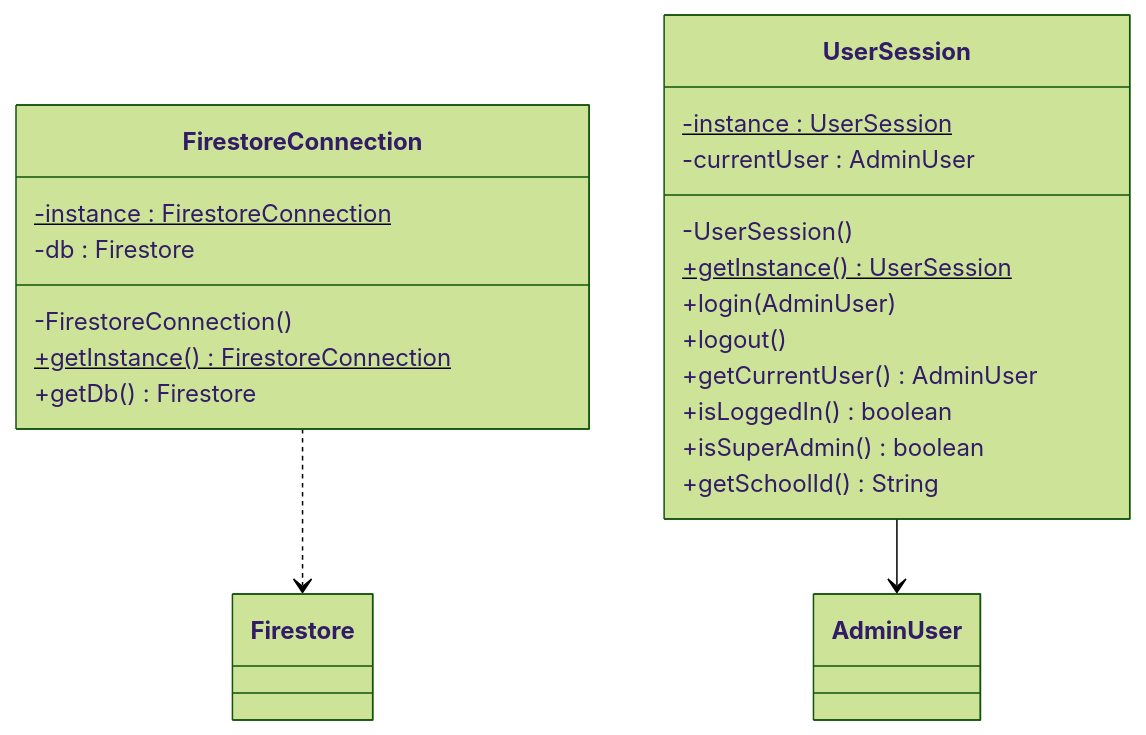
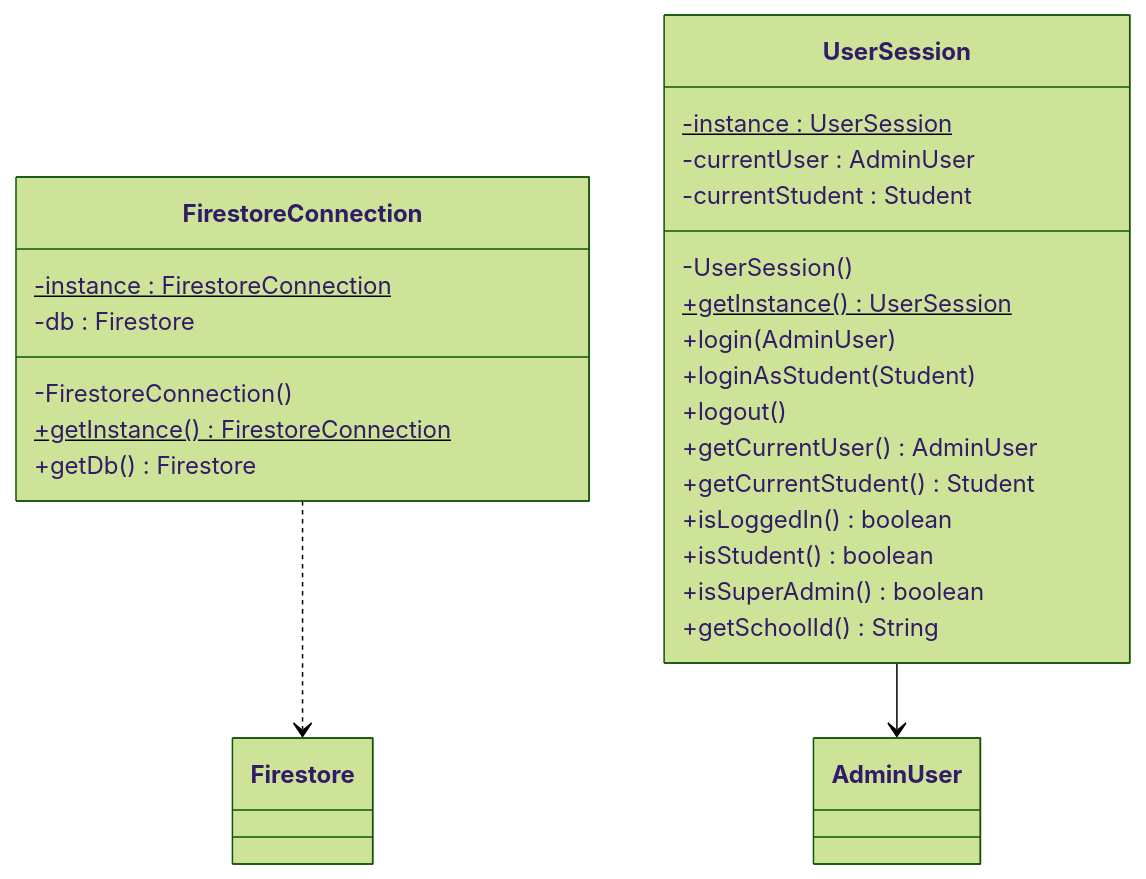
The fifth of 7 diagrams in DOKUMENTASI_PROYEK.md (Doni354/TubesPBO), drawn with Mermaid (forest theme) before and after one commit. The commit also changed other lines of this file and 2 other files, not shown here.

````diff
--- a/DOKUMENTASI_PROYEK.md
+++ b/DOKUMENTASI_PROYEK.md
@@ -403,26 +440,30 @@
 ```mermaid
 classDiagram
     class FirestoreConnection {
         -instance : FirestoreConnection$
         -db : Firestore
         -FirestoreConnection()
         +getInstance()$ FirestoreConnection
         +getDb() Firestore
     }
 
     class UserSession {
         -instance : UserSession$
         -currentUser : AdminUser
+        -currentStudent : Student
         -UserSession()
         +getInstance()$ UserSession
         +login(AdminUser)
+        +loginAsStudent(Student)
         +logout()
         +getCurrentUser() AdminUser
+        +getCurrentStudent() Student
         +isLoggedIn() boolean
+        +isStudent() boolean
         +isSuperAdmin() boolean
         +getSchoolId() String
     }
 
     FirestoreConnection ..> Firestore
     UserSession --> AdminUser
 ```
````
